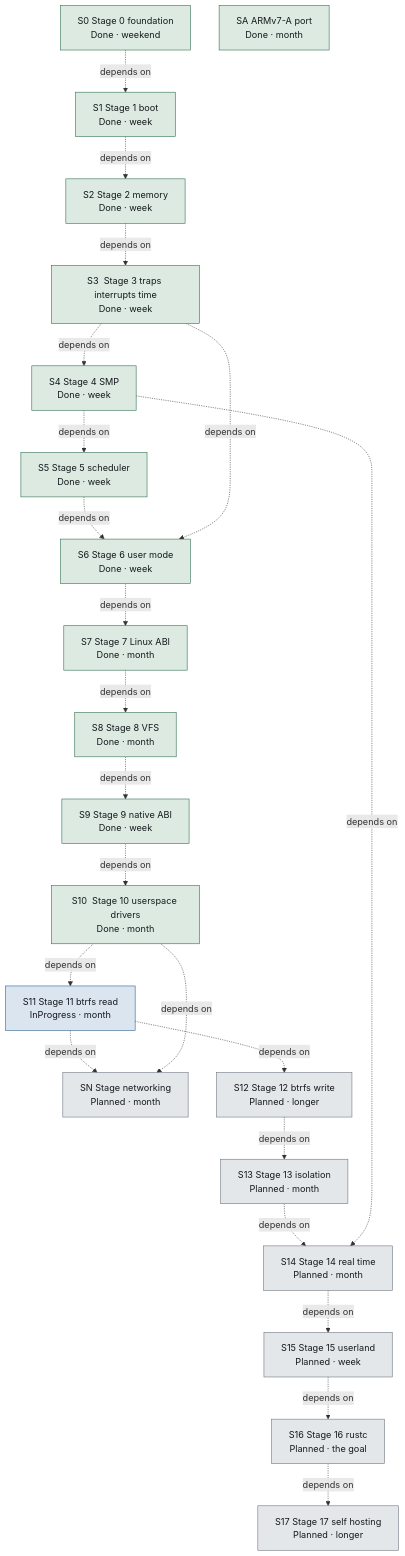
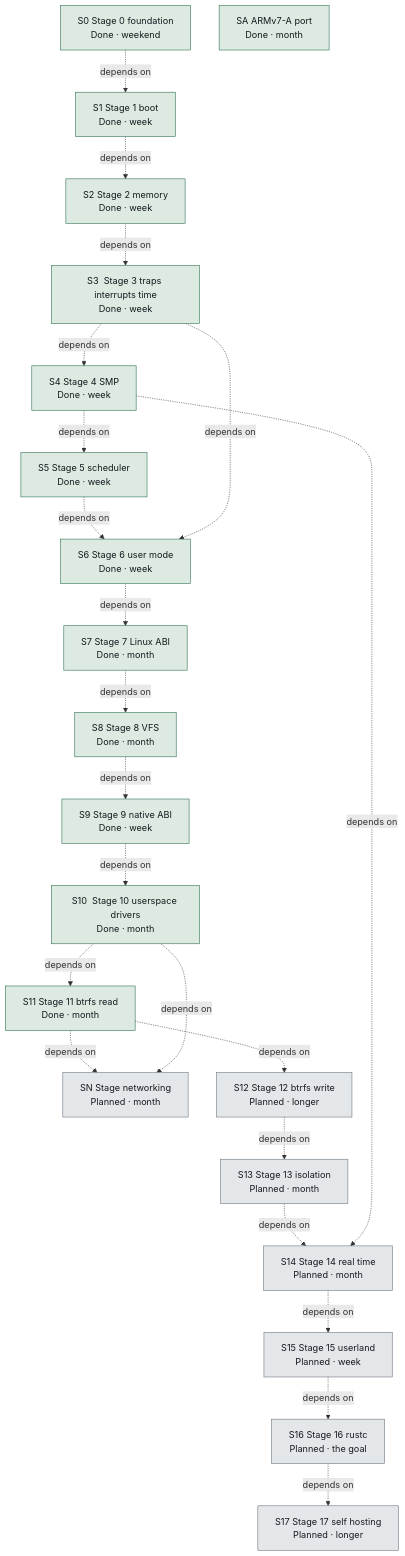
Diagram 16 of 19 in docs/generated/ARCHITECTURE.md (SetZero/ferrix), drawn with Mermaid before and after one commit. The commit also changed other lines of this file and 18 other files, not shown here.

````diff
--- a/docs/generated/ARCHITECTURE.md
+++ b/docs/generated/ARCHITECTURE.md
@@ -2511,50 +2511,48 @@
 ```mermaid
 flowchart TB
   n0_FerrixRoadmap_stage0Foundation["S0  Stage 0 foundation<br>Done · weekend"]
   n1_FerrixRoadmap_stage1Boot["S1  Stage 1 boot<br>Done · week"]
   n2_FerrixRoadmap_stage2Memory["S2  Stage 2 memory<br>Done · week"]
   n3_FerrixRoadmap_stage3TrapsInterruptsTime["S3  Stage 3 traps interrupts time<br>Done · week"]
   n4_FerrixRoadmap_stage4Smp["S4  Stage 4 SMP<br>Done · week"]
   n5_FerrixRoadmap_armv7aPort["SA  ARMv7-A port<br>Done · month"]
   n6_FerrixRoadmap_stage5Scheduler["S5  Stage 5 scheduler<br>Done · week"]
   n7_FerrixRoadmap_stage6UserMode["S6  Stage 6 user mode<br>Done · week"]
   n8_FerrixRoadmap_stage7LinuxAbi["S7  Stage 7 Linux ABI<br>Done · month"]
   n9_FerrixRoadmap_stage8Vfs["S8  Stage 8 VFS<br>Done · month"]
   n10_FerrixRoadmap_stage9NativeAbi["S9  Stage 9 native ABI<br>Done · week"]
   n11_FerrixRoadmap_stage10UserspaceDrivers["S10  Stage 10 userspace drivers<br>Done · month"]
-  n12_FerrixRoadmap_stage11BtrfsRead["S11  Stage 11 btrfs read<br>InProgress · month"]
+  n12_FerrixRoadmap_stage11BtrfsRead["S11  Stage 11 btrfs read<br>Done · month"]
   n13_FerrixRoadmap_stageNetworking["SN  Stage networking<br>Planned · month"]
   n14_FerrixRoadmap_stage12BtrfsWrite["S12  Stage 12 btrfs write<br>Planned · longer"]
   n15_FerrixRoadmap_stage13Isolation["S13  Stage 13 isolation<br>Planned · month"]
   n16_FerrixRoadmap_stage14RealTime["S14  Stage 14 real time<br>Planned · month"]
   n17_FerrixRoadmap_stage15Userland["S15  Stage 15 userland<br>Planned · week"]
   n18_FerrixRoadmap_stage16Rustc["S16  Stage 16 rustc<br>Planned · the goal"]
   n19_FerrixRoadmap_stage17SelfHosting["S17  Stage 17 self hosting<br>Planned · longer"]
   n0_FerrixRoadmap_stage0Foundation -. "depends on" .-> n1_FerrixRoadmap_stage1Boot
   n1_FerrixRoadmap_stage1Boot -. "depends on" .-> n2_FerrixRoadmap_stage2Memory
   n2_FerrixRoadmap_stage2Memory -. "depends on" .-> n3_FerrixRoadmap_stage3TrapsInterruptsTime
   n3_FerrixRoadmap_stage3TrapsInterruptsTime -. "depends on" .-> n4_FerrixRoadmap_stage4Smp
   n4_FerrixRoadmap_stage4Smp -. "depends on" .-> n6_FerrixRoadmap_stage5Scheduler
   n6_FerrixRoadmap_stage5Scheduler -. "depends on" .-> n7_FerrixRoadmap_stage6UserMode
   n3_FerrixRoadmap_stage3TrapsInterruptsTime -. "depends on" .-> n7_FerrixRoadmap_stage6UserMode
   n7_FerrixRoadmap_stage6UserMode -. "depends on" .-> n8_FerrixRoadmap_stage7LinuxAbi
   n8_FerrixRoadmap_stage7LinuxAbi -. "depends on" .-> n9_FerrixRoadmap_stage8Vfs
   n9_FerrixRoadmap_stage8Vfs -. "depends on" .-> n10_FerrixRoadmap_stage9NativeAbi
   n10_FerrixRoadmap_stage9NativeAbi -. "depends on" .-> n11_FerrixRoadmap_stage10UserspaceDrivers
   n11_FerrixRoadmap_stage10UserspaceDrivers -. "depends on" .-> n12_FerrixRoadmap_stage11BtrfsRead
   n12_FerrixRoadmap_stage11BtrfsRead -. "depends on" .-> n13_FerrixRoadmap_stageNetworking
   n11_FerrixRoadmap_stage10UserspaceDrivers -. "depends on" .-> n13_FerrixRoadmap_stageNetworking
   n12_FerrixRoadmap_stage11BtrfsRead -. "depends on" .-> n14_FerrixRoadmap_stage12BtrfsWrite
   n14_FerrixRoadmap_stage12BtrfsWrite -. "depends on" .-> n15_FerrixRoadmap_stage13Isolation
   n15_FerrixRoadmap_stage13Isolation -. "depends on" .-> n16_FerrixRoadmap_stage14RealTime
   n4_FerrixRoadmap_stage4Smp -. "depends on" .-> n16_FerrixRoadmap_stage14RealTime
   n16_FerrixRoadmap_stage14RealTime -. "depends on" .-> n17_FerrixRoadmap_stage15Userland
   n17_FerrixRoadmap_stage15Userland -. "depends on" .-> n18_FerrixRoadmap_stage16Rustc
   n18_FerrixRoadmap_stage16Rustc -. "depends on" .-> n19_FerrixRoadmap_stage17SelfHosting
   classDef implemented fill:#dceae2,stroke:#2c6e4e,color:#16191d
-  classDef inProgress fill:#dae5f0,stroke:#2a5f8f,color:#16191d
   classDef planned fill:#e4e7ea,stroke:#6a737e,color:#16191d
-  class n0_FerrixRoadmap_stage0Foundation,n1_FerrixRoadmap_stage1Boot,n2_FerrixRoadmap_stage2Memory,n3_FerrixRoadmap_stage3TrapsInterruptsTime,n4_FerrixRoadmap_stage4Smp,n5_FerrixRoadmap_armv7aPort,n6_FerrixRoadmap_stage5Scheduler,n7_FerrixRoadmap_stage6UserMode,n8_FerrixRoadmap_stage7LinuxAbi,n9_FerrixRoadmap_stage8Vfs,n10_FerrixRoadmap_stage9NativeAbi,n11_FerrixRoadmap_stage10UserspaceDrivers implemented
-  class n12_FerrixRoadmap_stage11BtrfsRead inProgress
+  class n0_FerrixRoadmap_stage0Foundation,n1_FerrixRoadmap_stage1Boot,n2_FerrixRoadmap_stage2Memory,n3_FerrixRoadmap_stage3TrapsInterruptsTime,n4_FerrixRoadmap_stage4Smp,n5_FerrixRoadmap_armv7aPort,n6_FerrixRoadmap_stage5Scheduler,n7_FerrixRoadmap_stage6UserMode,n8_FerrixRoadmap_stage7LinuxAbi,n9_FerrixRoadmap_stage8Vfs,n10_FerrixRoadmap_stage9NativeAbi,n11_FerrixRoadmap_stage10UserspaceDrivers,n12_FerrixRoadmap_stage11BtrfsRead implemented
   class n13_FerrixRoadmap_stageNetworking,n14_FerrixRoadmap_stage12BtrfsWrite,n15_FerrixRoadmap_stage13Isolation,n16_FerrixRoadmap_stage14RealTime,n17_FerrixRoadmap_stage15Userland,n18_FerrixRoadmap_stage16Rustc,n19_FerrixRoadmap_stage17SelfHosting planned
 ```
````
